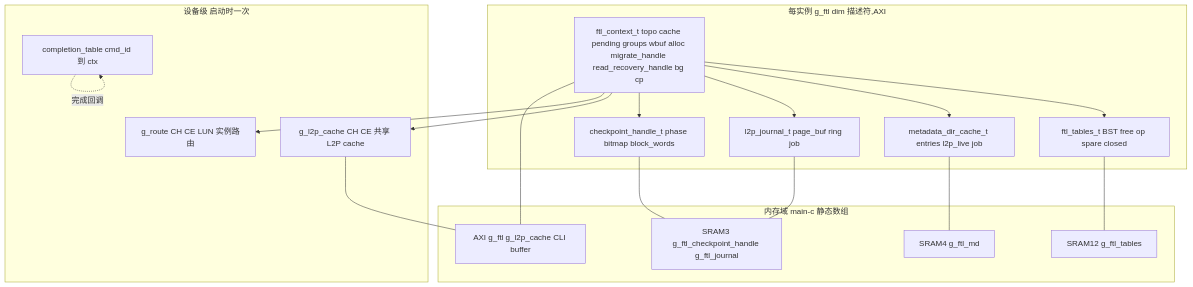
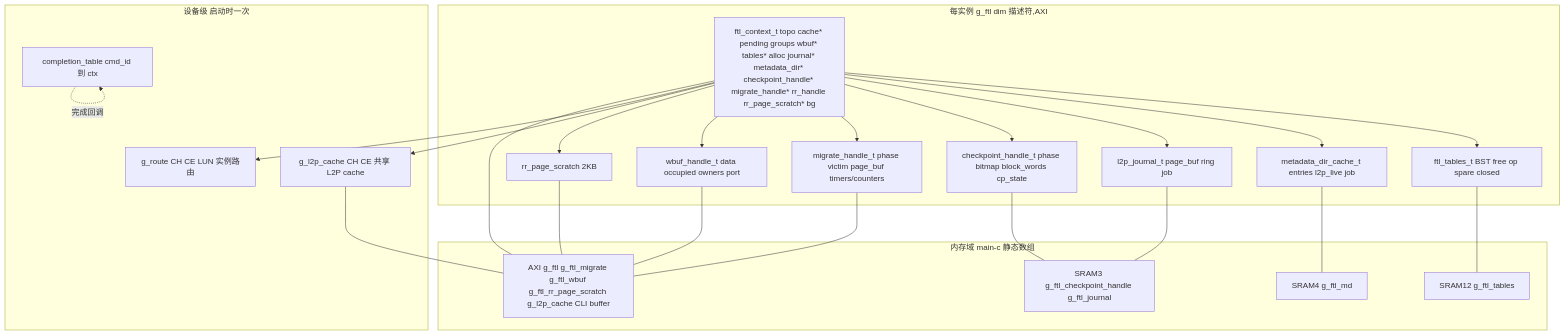
Before and after one commit to YzYMIAO/BASESSD: diagram 32 of 32 in docs/design/ftl_design.md, drawn with Mermaid. The commit also changed other lines of this file and 1 other file, not shown here.

First line of the commit message:
docs(ftl): 主设计文档同步模块 handle 契约

````diff
--- a/docs/design/ftl_design.md
+++ b/docs/design/ftl_design.md
@@ -3819,37 +3850,46 @@
 ```mermaid
 flowchart TB
     subgraph "设备级 启动时一次"
         ROUTE["g_route CH CE LUN 实例路由"]
         CT["completion_table cmd_id 到 ctx"]
         LC["g_l2p_cache CH CE 共享 L2P cache"]
     end
 
     subgraph "每实例 g_ftl dim 描述符,AXI"
-        CTX["ftl_context_t topo cache pending groups wbuf alloc migrate_handle read_recovery_handle bg cp"]
+        CTX["ftl_context_t topo cache* pending groups wbuf* tables* alloc journal* metadata_dir* checkpoint_handle* migrate_handle* rr_handle rr_page_scratch* bg"]
         TAB["ftl_tables_t BST free op spare closed"]
         MD["metadata_dir_cache_t entries l2p_live job"]
         JRN["l2p_journal_t page_buf ring job"]
-        CPJ["checkpoint_handle_t phase bitmap block_words"]
+        CPJ["checkpoint_handle_t phase bitmap block_words cp_state"]
+        MIG["migrate_handle_t phase victim page_buf timers/counters"]
+        WB["wbuf_handle_t data occupied owners port"]
+        RRS["rr_page_scratch 2KB"]
     end
 
     subgraph "内存域 main-c 静态数组"
         D12["SRAM12 g_ftl_tables"]
         D3["SRAM3 g_ftl_checkpoint_handle g_ftl_journal"]
         D4["SRAM4 g_ftl_md"]
-        AX["AXI g_ftl g_l2p_cache CLI buffer"]
+        AX["AXI g_ftl g_ftl_migrate g_ftl_wbuf g_ftl_rr_page_scratch g_l2p_cache CLI buffer"]
     end
 
     CTX --> TAB
     CTX --> MD
     CTX --> JRN
     CTX --> CPJ
+    CTX --> MIG
+    CTX --> WB
+    CTX --> RRS
     CTX --> LC
     CTX --> ROUTE
     CT -.->|完成回调| CT
     TAB --- D12
     CPJ --- D3
     JRN --- D3
     MD --- D4
+    MIG --- AX
+    WB --- AX
+    RRS --- AX
     CTX --- AX
     LC --- AX
 ```
````
